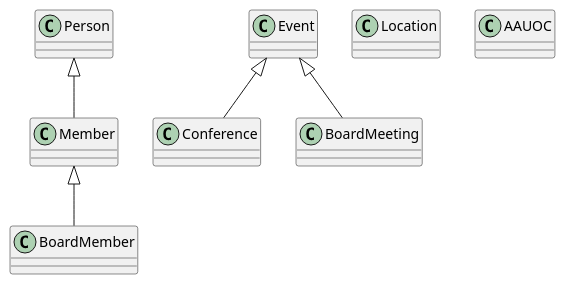
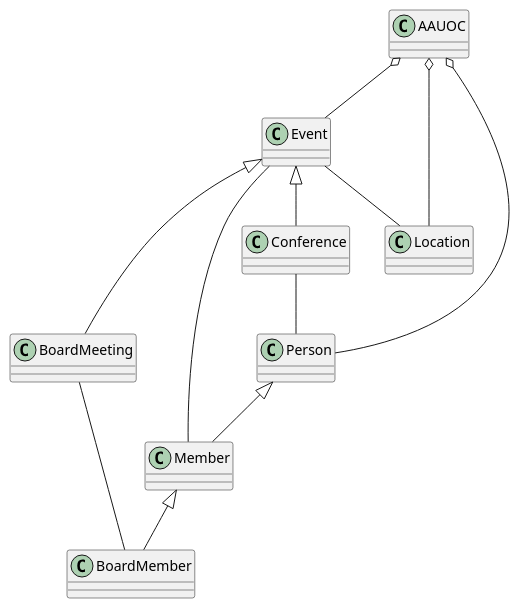
The diagram in UMLClases_CND/UMLClases_CND.puml (carniedom/UMLClases_CarmeloNietoDomene), drawn with PlantUML before and after one commit.

Commit message:
Relaciones Location

```diff
--- a/UMLClases_CND/UMLClases_CND.puml
+++ b/UMLClases_CND/UMLClases_CND.puml
@@ -1,31 +1,39 @@
 @startuml
 class Member{
 }
 
 class BoardMember{
 }
 
 class Event{
 }
 
 class Conference{
 }
 
 class BoardMeeting{
 }
 
 class Location{
 }
 
 class Person{
 }
 
 class AAUOC{
 }
 
+AAUOC o-- Event
+AAUOC o-- Person
+AAUOC o-- Location
+Event -- Location
+Event -- Member
 Event <|-- Conference
 Event <|-- BoardMeeting
-
+Conference -- Person
+BoardMeeting -- BoardMember
 Person <|-- Member
 Member <|-- BoardMember
+
+
 @enduml
```
